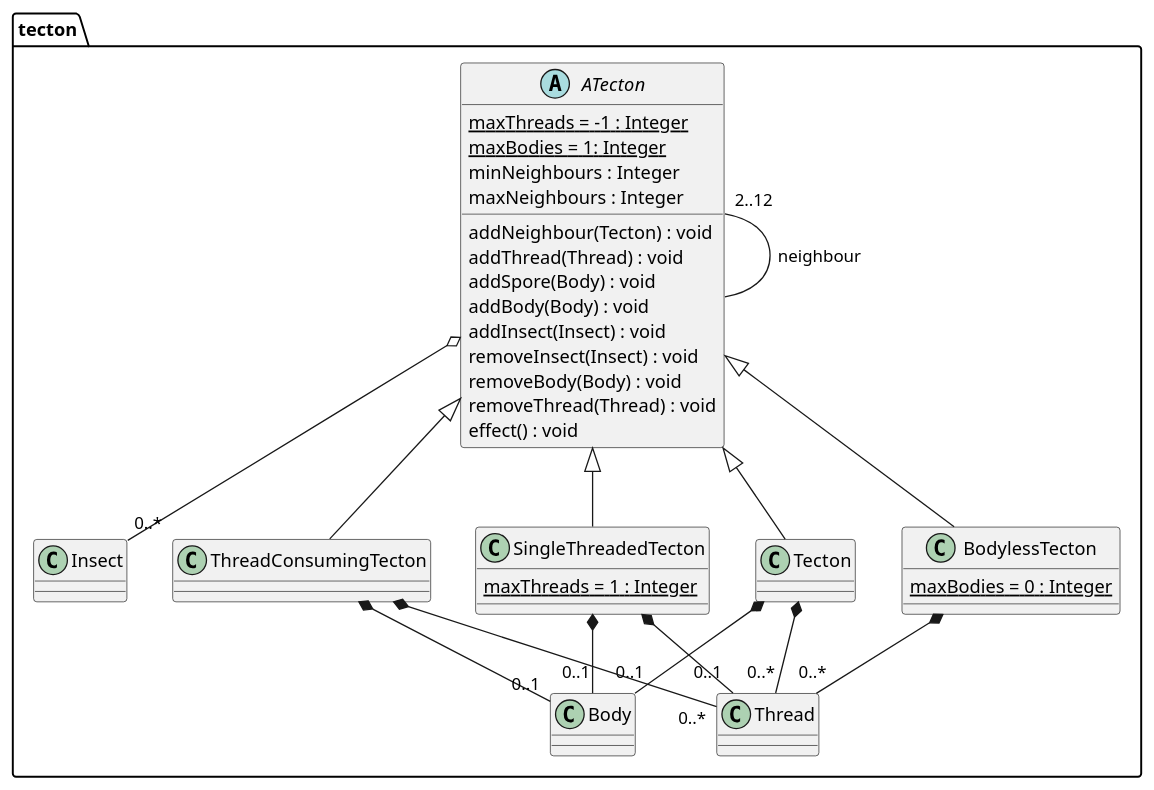
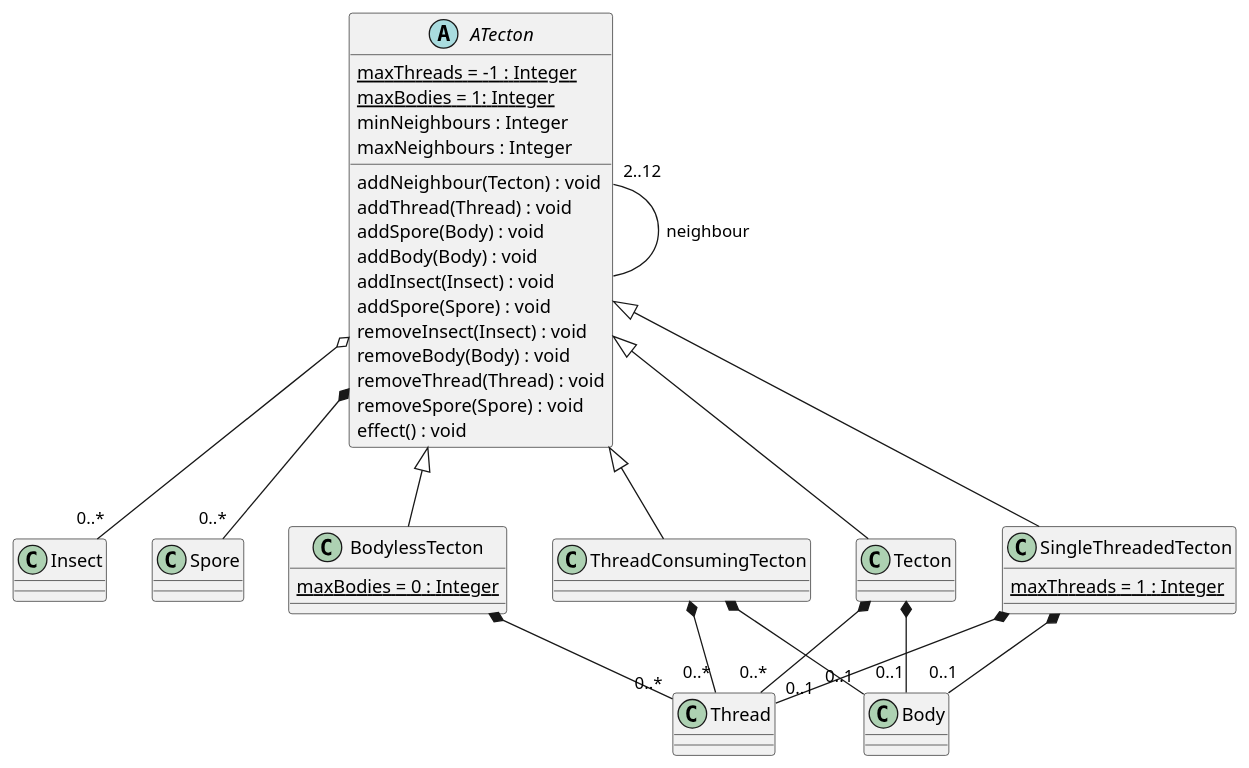
Before and after one commit to Petya-G/fungorium: the diagram in 3/classes/tecton.puml, drawn with PlantUML. The commit also changed 8 other files, not shown here.

```diff
--- a/3/classes/tecton.puml
+++ b/3/classes/tecton.puml
@@ -1,48 +1,48 @@
-@startuml
-package tecton{
-
+@startuml tecton
   ATecton "2..12" -- ATecton : neighbour
   ATecton o-- "0..*" Insect
+  ATecton *-- "0..*" Spore
   abstract class ATecton {
     {static} maxThreads = -1 : Integer
     {static} maxBodies = 1: Integer
     minNeighbours : Integer
     maxNeighbours : Integer
     addNeighbour(Tecton) : void
     addThread(Thread) : void
     addSpore(Body) : void
     addBody(Body) : void
     addInsect(Insect) : void
+    addSpore(Spore) : void
     removeInsect(Insect) : void
     removeBody(Body) : void
     removeThread(Thread) : void
+    removeSpore(Spore) : void
     effect() : void
   }
 
   Tecton *-- "0..1" Body
   Tecton *-- "0..*" Thread
   ATecton <|-- Tecton
   class Tecton {
   }
 
   SingleThreadedTecton *-- "0..1" Body
   SingleThreadedTecton *-- "0..1" Thread
   ATecton <|-- SingleThreadedTecton
   class SingleThreadedTecton {
     {static} maxThreads = 1 : Integer
   }
 
 
   BodylessTecton *-- "0..*" Thread
   ATecton <|-- BodylessTecton
   class BodylessTecton {
     {static} maxBodies = 0 : Integer
   }
 
   ThreadConsumingTecton *-- "0..1" Body
   ThreadConsumingTecton *-- "0..*" Thread
   ATecton <|-- ThreadConsumingTecton
   class ThreadConsumingTecton {
   }
-}
 @enduml
```
